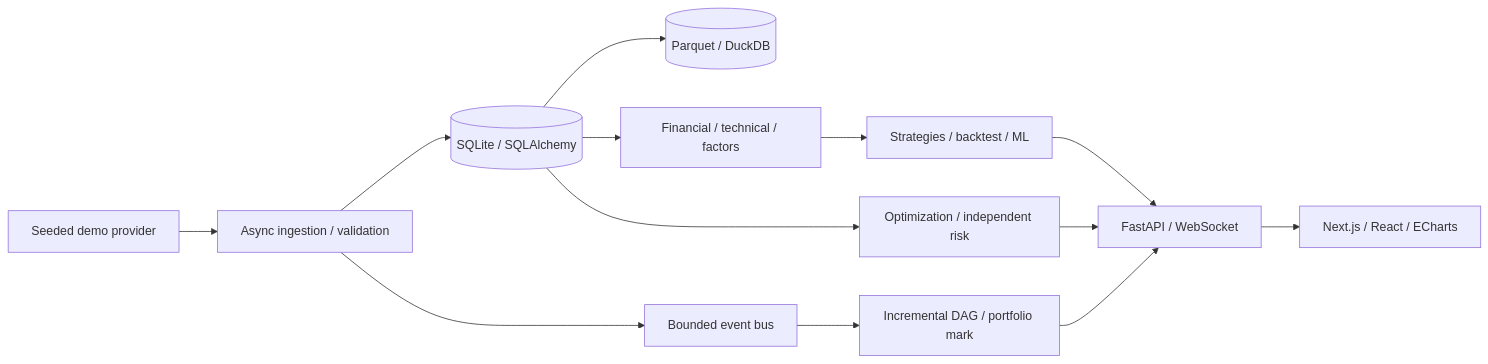
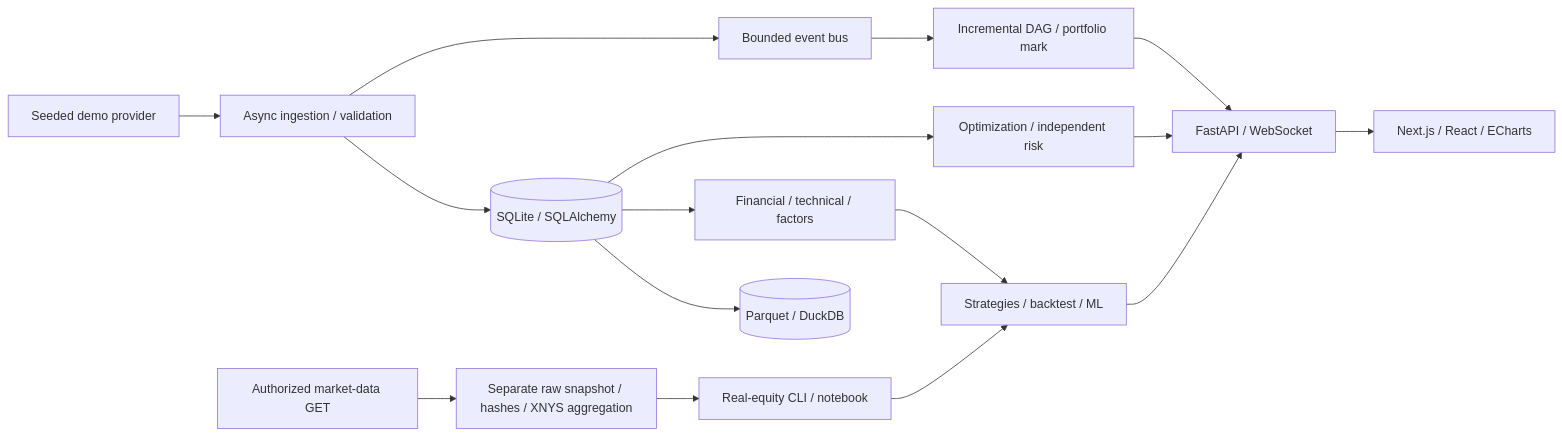
The diagram in docs/architecture.md (Kanghyeon5468/quant), drawn with Mermaid before and after one commit. The commit also changed other lines of this file and 32 other files, not shown here.

Commit message:
Add actual equity backtests and validated research notebook

````diff
--- a/docs/architecture.md
+++ b/docs/architecture.md
@@ -5,15 +5,18 @@
 ```mermaid
 flowchart LR
   Demo[Seeded demo provider] --> Ingestion[Async ingestion / validation]
   Ingestion --> SQL[(SQLite / SQLAlchemy)]
   SQL --> PQ[(Parquet / DuckDB)]
   Ingestion --> Events[Bounded event bus]
   Events --> DAG[Incremental DAG / portfolio mark]
   SQL --> Analytics[Financial / technical / factors]
   Analytics --> Research[Strategies / backtest / ML]
   SQL --> Risk[Optimization / independent risk]
   DAG --> API[FastAPI / WebSocket]
   Research --> API
   Risk --> API
   API --> Web[Next.js / React / ECharts]
+  Alpaca[Authorized market-data GET] --> Frozen[Separate raw snapshot / hashes / XNYS aggregation]
+  Frozen --> Real[Real-equity CLI / notebook]
+  Real --> Research
 ```
````
